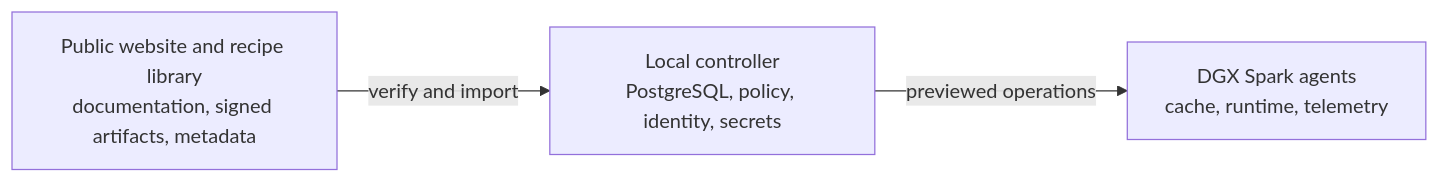
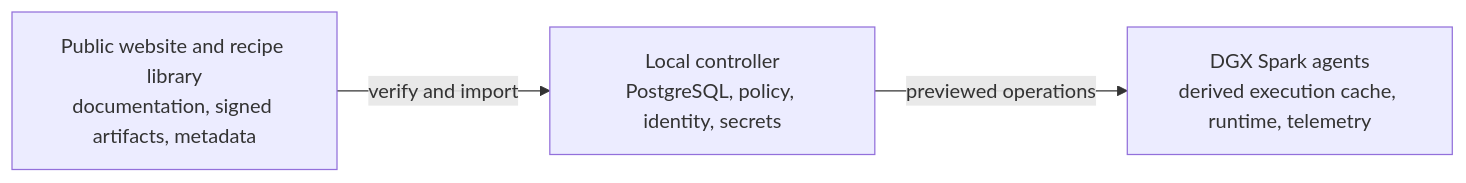
Before and after one commit to CarstVaartjes/vonk-forge: the diagram in docs/README.md, drawn with Mermaid. The commit also changed other lines of this file and 23 other files, not shown here.

````diff
--- a/docs/README.md
+++ b/docs/README.md
@@ -25,9 +25,9 @@
 ```mermaid
 flowchart LR
     Public[Public website and recipe library<br/>documentation, signed artifacts, metadata]
     Control[Local controller<br/>PostgreSQL, policy, identity, secrets]
-    Spark[DGX Spark agents<br/>cache, runtime, telemetry]
+    Spark[DGX Spark agents<br/>derived execution cache, runtime, telemetry]
 
     Public -->|verify and import| Control
     Control -->|previewed operations| Spark
 ```
````
